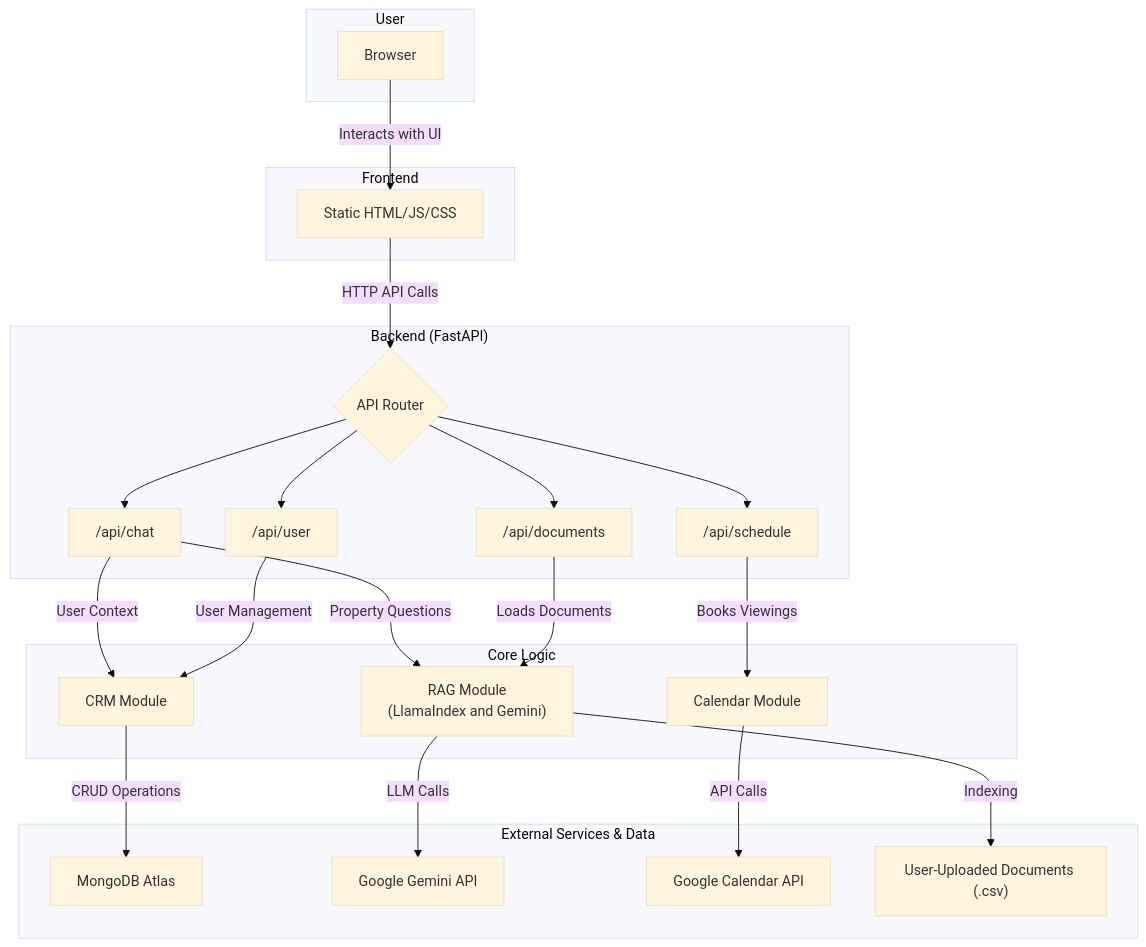
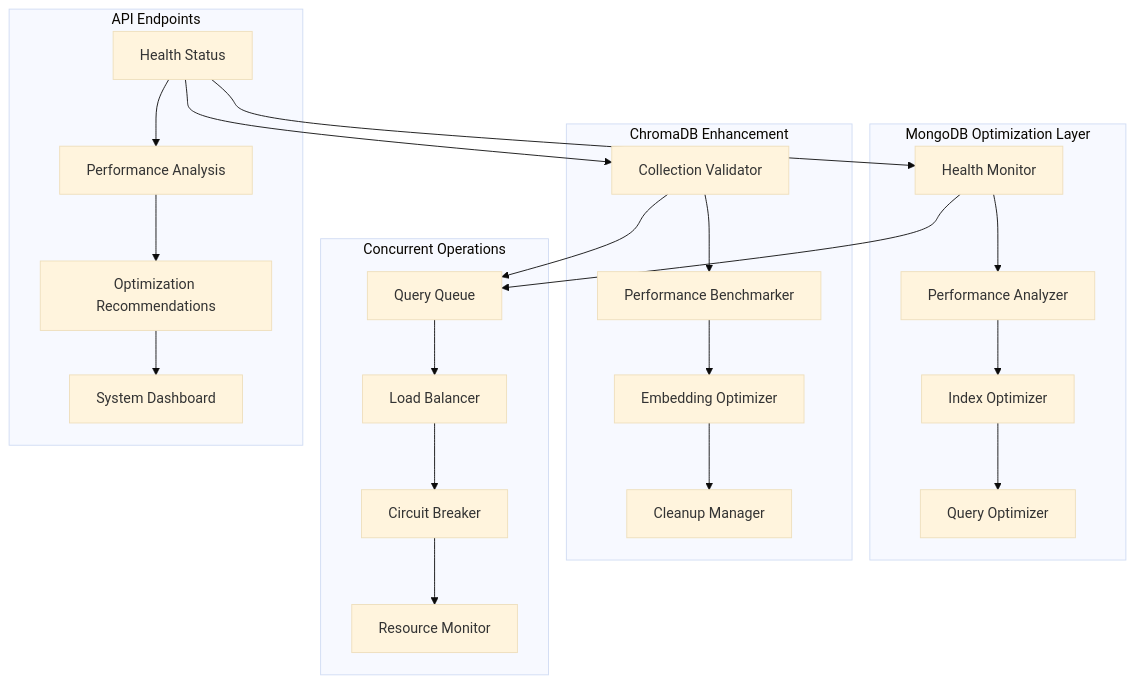
One commit to kartikeyypatel/okada-leasing-agent changed the diagram in README.md. Above: the diagram before and after it, drawn with Mermaid (base theme). The commit also changed other lines of this file and 116 other files, not shown here.

````diff
--- a/README.md
+++ b/README.md
@@ -29,47 +826,31 @@
 ```mermaid
-graph TD
-    subgraph "User"
-        A["Browser"]
+graph TB
+    subgraph "MongoDB Optimization Layer"
+        A[Health Monitor] --> B[Performance Analyzer]
+        B --> C[Index Optimizer]
+        C --> D[Query Optimizer]
     end
-
-    subgraph "Frontend"
-        B["Static HTML/JS/CSS"]
+    
+    subgraph "ChromaDB Enhancement"
+        E[Collection Validator] --> F[Performance Benchmarker]
+        F --> G[Embedding Optimizer]
+        G --> H[Cleanup Manager]
     end
-
-    subgraph "Backend (FastAPI)"
-        C{API Router}
-        D["/api/chat"]
-        E["/api/user"]
-        F["/api/documents"]
-        G["/api/schedule"]
+    
+    subgraph "Concurrent Operations"
+        I[Query Queue] --> J[Load Balancer]
+        J --> K[Circuit Breaker]
+        K --> L[Resource Monitor]
     end
-
-    subgraph "Core Logic"
-        H["RAG Module<br/>(LlamaIndex and Gemini)"]
-        I["CRM Module"]
-        J["Calendar Module"]
+    
+    subgraph "API Endpoints"
+        M[Health Status] --> N[Performance Analysis]
+        N --> O[Optimization Recommendations]
+        O --> P[System Dashboard]
     end
-
-    subgraph "External Services & Data"
-        K["MongoDB Atlas"]
-        L["Google Gemini API"]
-        M["Google Calendar API"]
-        N["User-Uploaded Documents (.csv)"]
-    end
-
-    A -- "Interacts with UI" --> B
-    B -- "HTTP API Calls" --> C
-
-    C --> D & E & F & G
-
-    D -- "Property Questions" --> H
-    D -- "User Context" --> I
-    E -- "User Management" --> I
-    F -- "Loads Documents" --> H
-    G -- "Books Viewings" --> J
-
-    H -- "Indexing" --> N
-    H -- "LLM Calls" --> L
-    I -- "CRUD Operations" --> K
-    J -- "API Calls" --> M
+    
+    A --> I
+    E --> I
+    M --> A
+    M --> E
 ```
````
